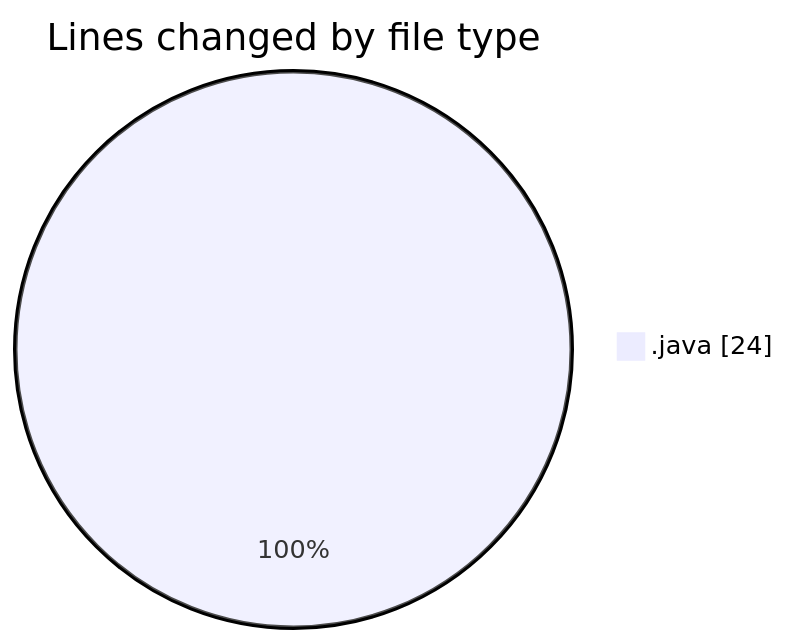
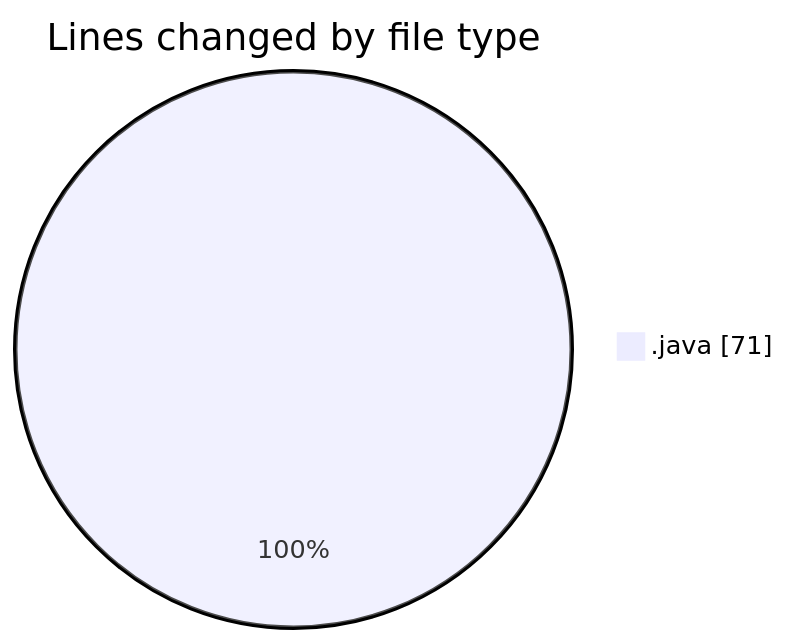
One commit to NitaiMahat/code-tracking changed the first of 2 diagrams in 2025-02-24/day09-random-string/README.md. Above: the diagram before and after it, drawn with Mermaid. The commit also changed other lines of this file and 1 other file, not shown here.

````diff
--- a/2025-02-24/day09-random-string/README.md
+++ b/2025-02-24/day09-random-string/README.md
@@ -20,5 +21,5 @@
 ```mermaid
 pie showData
 title Lines changed by file type
-".java" : 24
+".java" : 71
 ```
````
